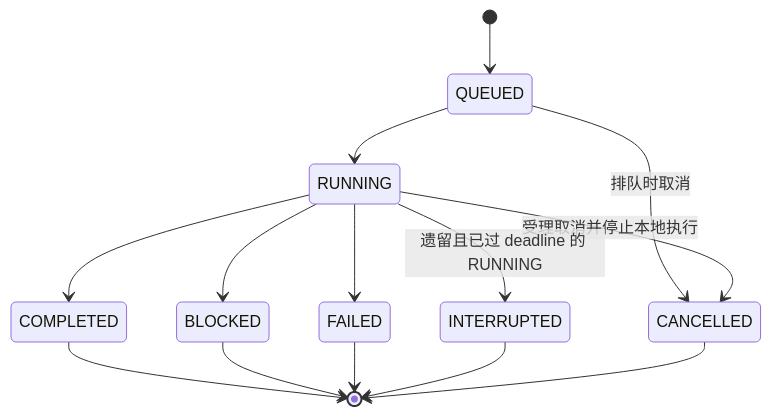
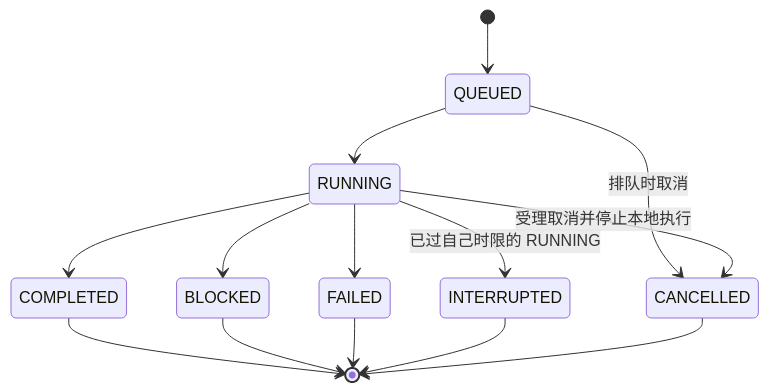
The third of 4 diagrams in docs/architecture.md (wynxing/paper-evidence-agent), drawn with Mermaid before and after one commit. The commit also changed other lines of this file and 8 other files, not shown here.

````diff
--- a/docs/architecture.md
+++ b/docs/architecture.md
@@ -99,16 +99,16 @@
 ```mermaid
 stateDiagram-v2
     [*] --> QUEUED
     QUEUED --> RUNNING
     QUEUED --> CANCELLED: 排队时取消
     RUNNING --> CANCELLED: 受理取消并停止本地执行
     RUNNING --> COMPLETED
     RUNNING --> BLOCKED
     RUNNING --> FAILED
-    RUNNING --> INTERRUPTED: 遗留且已过 deadline 的 RUNNING
+    RUNNING --> INTERRUPTED: 已过自己时限的 RUNNING
     COMPLETED --> [*]
     BLOCKED --> [*]
     FAILED --> [*]
     INTERRUPTED --> [*]
     CANCELLED --> [*]
 ```
````
